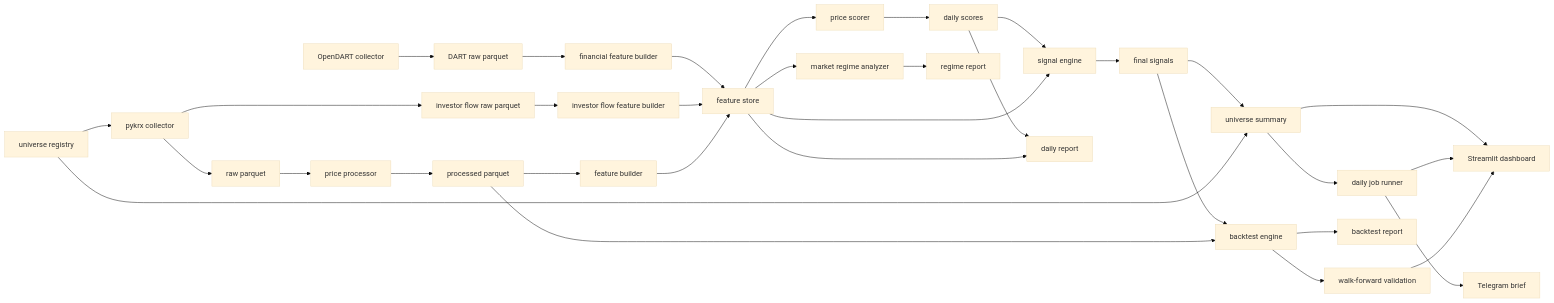
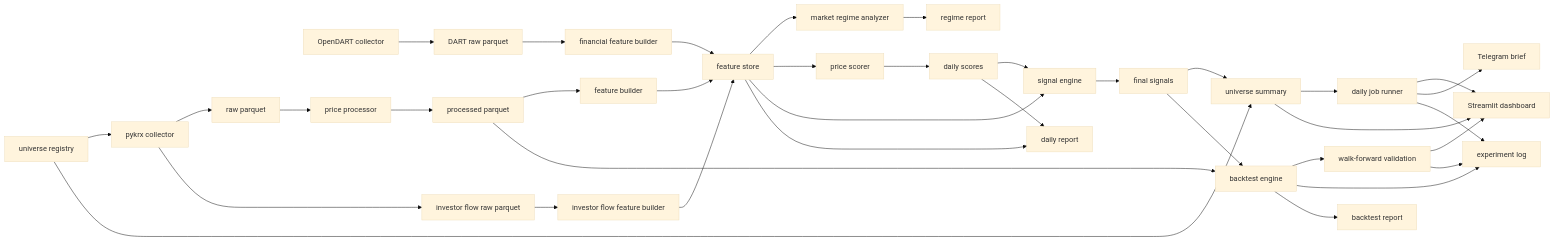
One commit to pkb0728-lgtm/krx-alpha-platform changed the diagram in README.md. Above: the diagram before and after it, drawn with Mermaid (base theme). The commit also changed other lines of this file and 14 other files, not shown here.

````diff
--- a/README.md
+++ b/README.md
@@ -75,35 +77,38 @@
 ```mermaid
 flowchart LR
     A["pykrx collector"] --> B["raw parquet"]
     A --> W["investor flow raw parquet"]
     X["OpenDART collector"] --> Y["DART raw parquet"]
     Y --> Z["financial feature builder"]
     Z --> F
     W --> S["investor flow feature builder"]
     S --> F
     B --> C["price processor"]
     C --> D["processed parquet"]
     D --> E["feature builder"]
     E --> F["feature store"]
     F --> R["market regime analyzer"]
     F --> G["price scorer"]
     G --> H["daily scores"]
     H --> I["signal engine"]
     F --> I
     I --> J["final signals"]
     H --> K["daily report"]
     F --> K
     J --> L["universe summary"]
     L --> U["daily job runner"]
     L --> M["Streamlit dashboard"]
     U --> M
     U --> T["Telegram brief"]
     J --> N["backtest engine"]
     D --> N
     N --> V["walk-forward validation"]
+    N --> EXP["experiment log"]
     N --> O["backtest report"]
     V --> M
+    V --> EXP
+    U --> EXP
     P["universe registry"] --> A
     P --> L
     R --> Q["regime report"]
 ```
````
